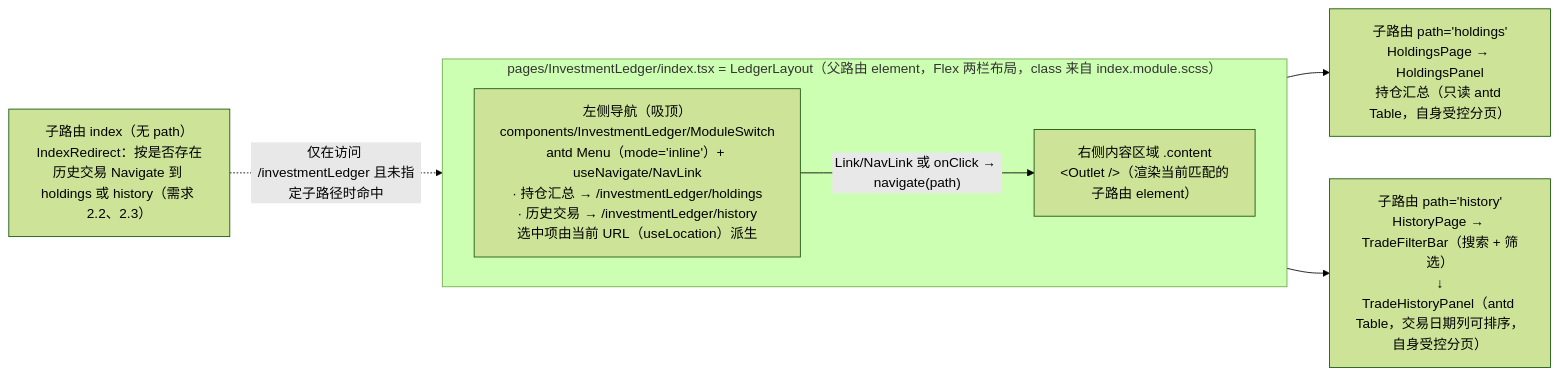
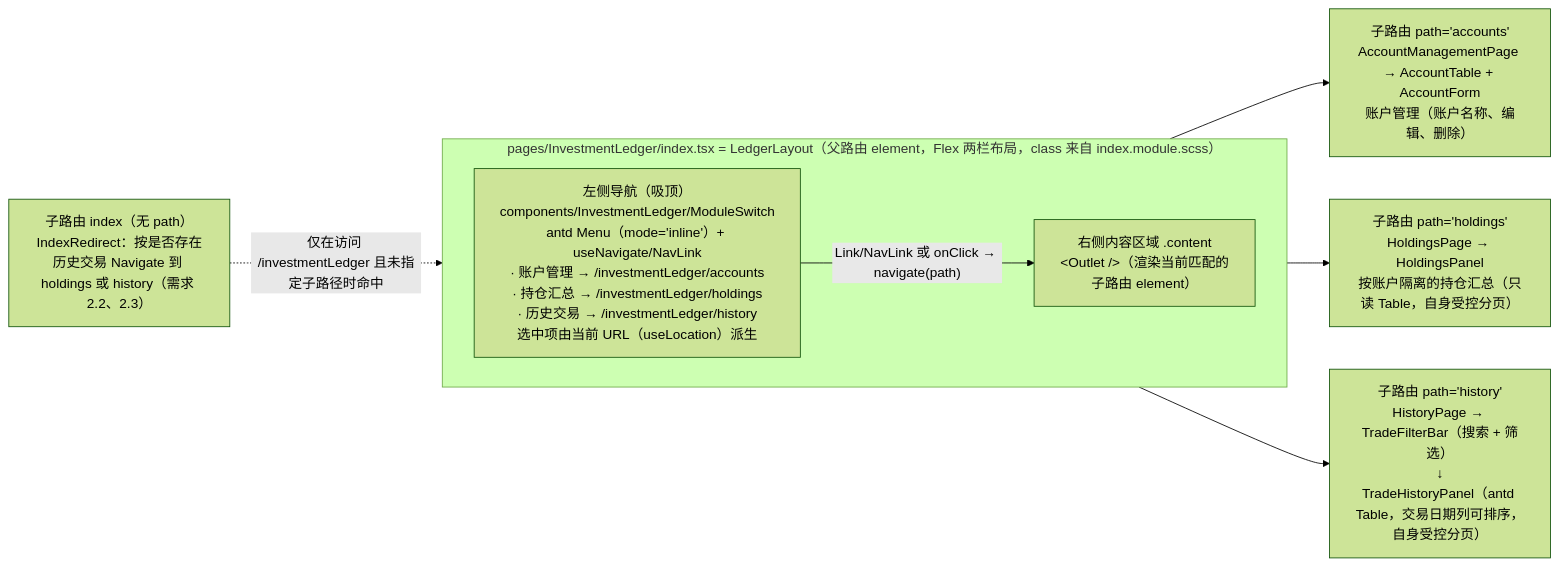
The second of 12 diagrams in .kiro/specs/investment-trade-ledger/design.md (kampfer/various-data), drawn with Mermaid (forest theme) before and after one commit. The commit also changed other lines of this file and 54 other files, not shown here.

````diff
--- a/.kiro/specs/investment-trade-ledger/design.md
+++ b/.kiro/specs/investment-trade-ledger/design.md
@@ -394,12 +464,13 @@
 ```mermaid
 flowchart LR
   subgraph Layout["pages/InvestmentLedger/index.tsx = LedgerLayout（父路由 element，Flex 两栏布局，class 来自 index.module.scss）"]
     direction LR
-    Nav["左侧导航（吸顶）<br/>components/InvestmentLedger/ModuleSwitch<br/>antd Menu（mode='inline'）+ useNavigate/NavLink<br/>· 持仓汇总 → /investmentLedger/holdings<br/>· 历史交易 → /investmentLedger/history<br/>选中项由当前 URL（useLocation）派生"]
+    Nav["左侧导航（吸顶）<br/>components/InvestmentLedger/ModuleSwitch<br/>antd Menu（mode='inline'）+ useNavigate/NavLink<br/>· 账户管理 → /investmentLedger/accounts<br/>· 持仓汇总 → /investmentLedger/holdings<br/>· 历史交易 → /investmentLedger/history<br/>选中项由当前 URL（useLocation）派生"]
     Outlet["右侧内容区域 .content<br/>&lt;Outlet /&gt;（渲染当前匹配的子路由 element）"]
   end
   Nav -- "Link/NavLink 或 onClick → navigate(path)" --> Outlet
-  Outlet --> HoldingsRoute["子路由 path='holdings'<br/>HoldingsPage → HoldingsPanel<br/>持仓汇总（只读 antd Table，自身受控分页）"]
+  Outlet --> AccountRoute["子路由 path='accounts'<br/>AccountManagementPage → AccountTable + AccountForm<br/>账户管理（账户名称、编辑、删除）"]
+  Outlet --> HoldingsRoute["子路由 path='holdings'<br/>HoldingsPage → HoldingsPanel<br/>按账户隔离的持仓汇总（只读 Table，自身受控分页）"]
   Outlet --> HistoryRoute["子路由 path='history'<br/>HistoryPage → TradeFilterBar（搜索 + 筛选）<br/>↓<br/>TradeHistoryPanel（antd Table，交易日期列可排序，自身受控分页）"]
   IndexRoute["子路由 index（无 path）<br/>IndexRedirect：按是否存在历史交易 Navigate 到 holdings 或 history（需求 2.2、2.3）"] -.->|"仅在访问 /investmentLedger 且未指定子路径时命中"| Outlet
 ```
````
